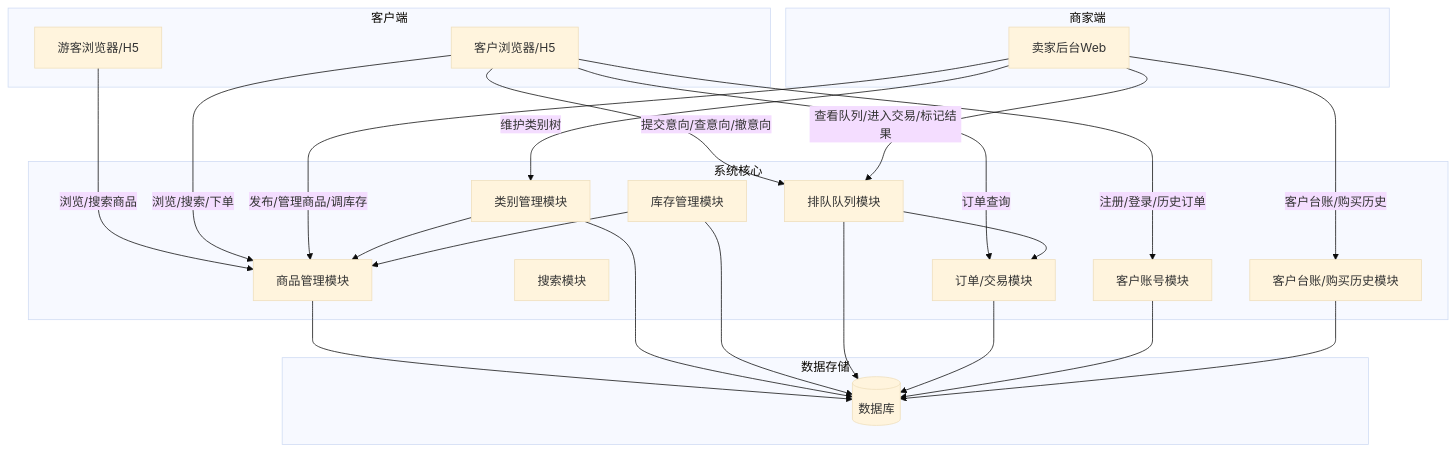
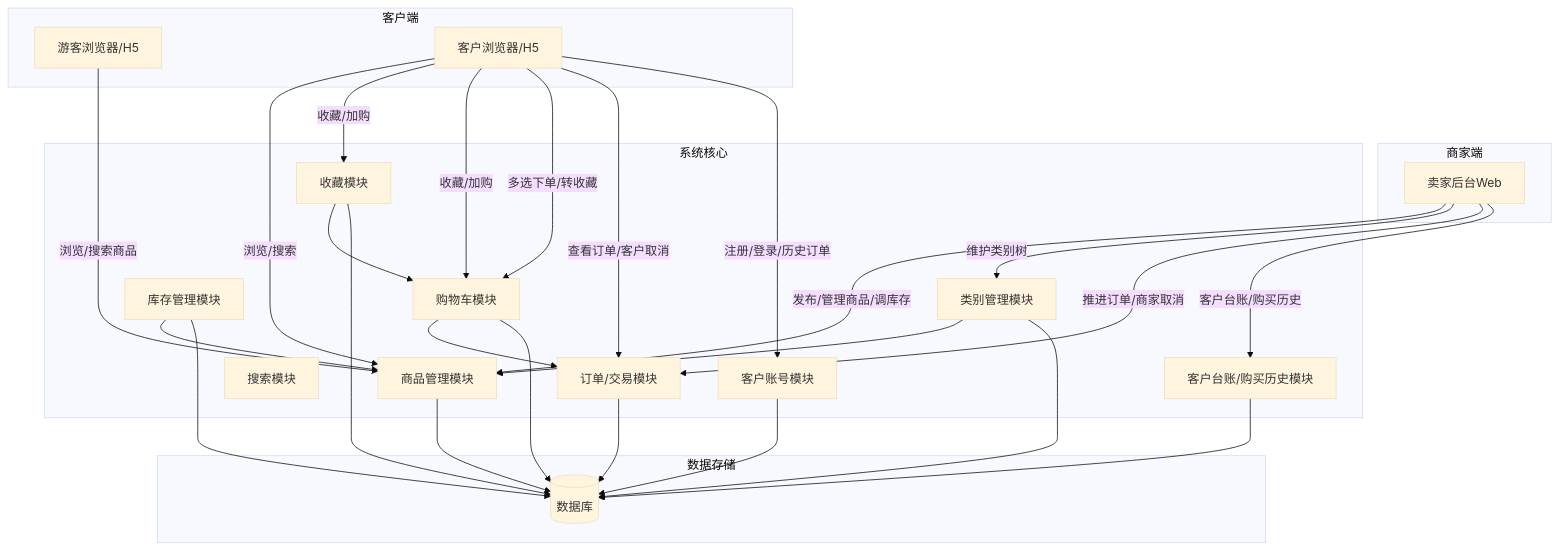
The first of 6 diagrams in Requirement Analysis/需求规格说明书-更新版.md (tyq-arch/single-merchant-shop-9), drawn with Mermaid (base theme) before and after one commit. The commit also changed other lines of this file, not shown here.

````diff
--- a/Requirement Analysis/需求规格说明书-更新版.md
+++ b/Requirement Analysis/需求规格说明书-更新版.md
@@ -35,46 +38,51 @@
 ```mermaid
 graph TB
     subgraph 客户端
         A[游客浏览器/H5]
         C[客户浏览器/H5]
     end
-    
+
     subgraph 商家端
         B[卖家后台Web]
     end
-    
+
     subgraph 系统核心
         P[商品管理模块]
         CAT[类别管理模块]
         INV[库存管理模块]
         SEARCH[搜索模块]
-        Q[排队队列模块]
+        FAV[收藏模块]
+        CART[购物车模块]
         O[订单/交易模块]
         U[客户账号模块]
         R[客户台账/购买历史模块]
     end
-    
+
     subgraph 数据存储
         DB[(数据库)]
     end
 
     A -->|浏览/搜索商品| P
-    C -->|浏览/搜索/下单| P
+    C -->|浏览/搜索| P
+    C -->|收藏/加购| FAV
+    C -->|收藏/加购| CART
+    C -->|多选下单/转收藏| CART
+    C -->|查看订单/客户取消| O
     C -->|注册/登录/历史订单| U
-    C -->|提交意向/查意向/撤意向| Q
     B -->|发布/管理商品/调库存| P
     B -->|维护类别树| CAT
-    B -->|查看队列/进入交易/标记结果| Q
+    B -->|推进订单/商家取消| O
     B -->|客户台账/购买历史| R
-    C -->|订单查询| O
+    FAV --> CART
+    CART --> O
     CAT --> P
     INV --> P
-    Q --> O
     P --> DB
     CAT --> DB
     INV --> DB
-    Q --> DB
+    FAV --> DB
+    CART --> DB
     O --> DB
     U --> DB
     R --> DB
 ```
````
